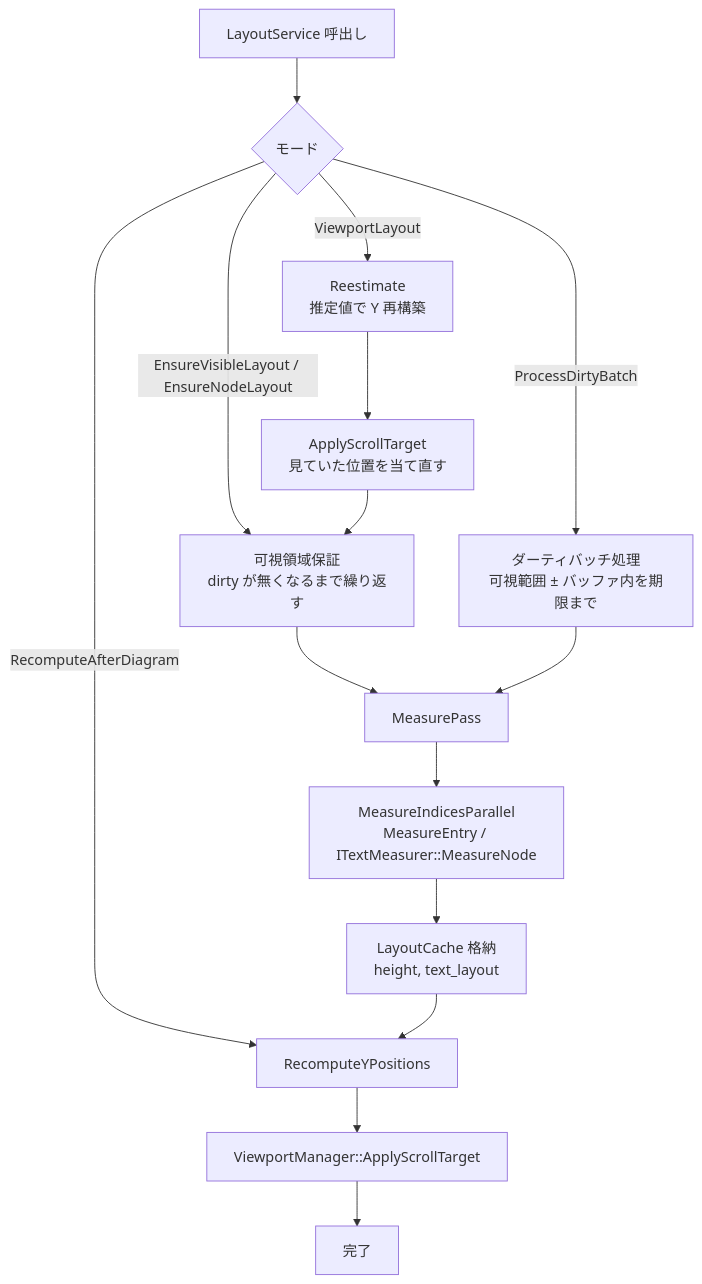
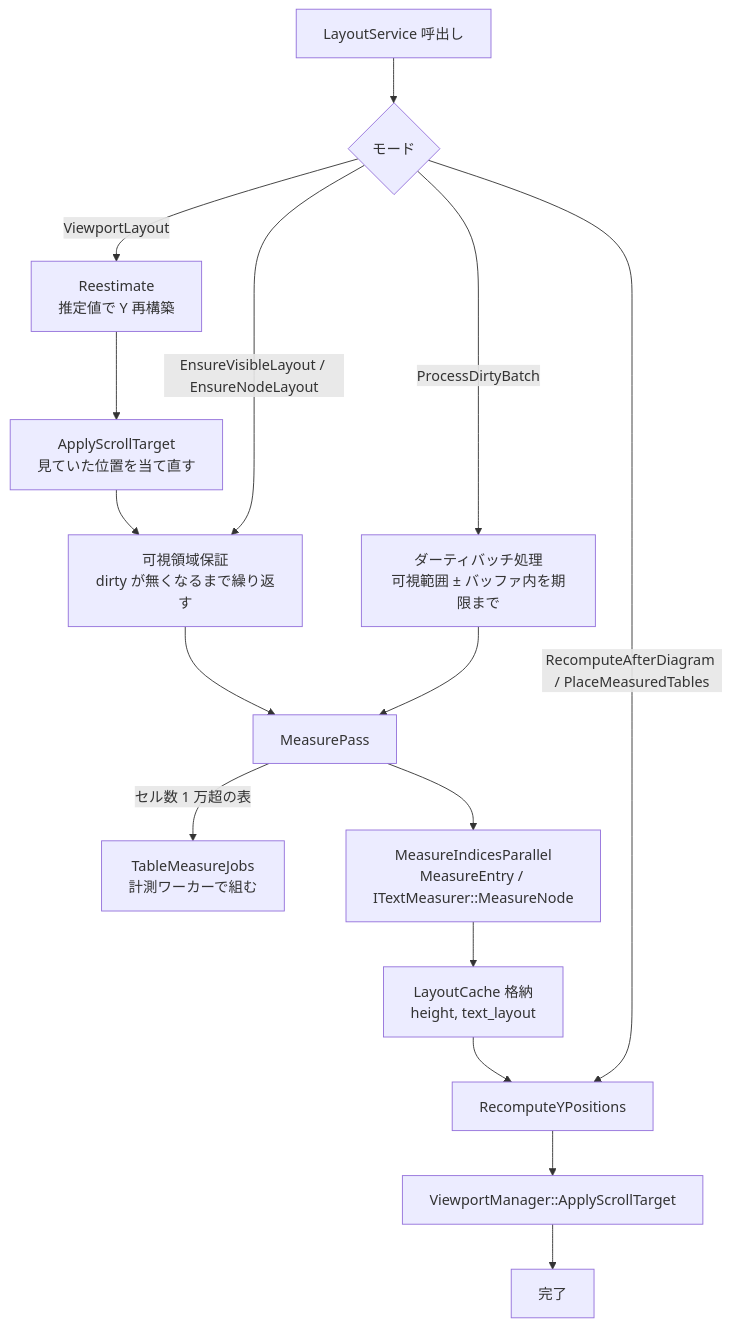
The seventh of 58 diagrams in example/test.md (tanaton/mendo), drawn with Mermaid before and after one commit. The commit also changed other lines of this file and 91 other files, not shown here.

````diff
--- a/example/test.md
+++ b/example/test.md
@@ -1027,19 +1079,20 @@
 ```mermaid
 flowchart TB
     START[LayoutService 呼出し] --> MODE{モード}
     MODE -->|ViewportLayout| REEST[Reestimate<br>推定値で Y 再構築]
     MODE -->|EnsureVisibleLayout / EnsureNodeLayout| ENSURE[可視領域保証<br>dirty が無くなるまで繰り返す]
     MODE -->|ProcessDirtyBatch| BATCH[ダーティバッチ処理<br>可視範囲 ± バッファ内を期限まで]
-    MODE -->|RecomputeAfterDiagram| YPOS
+    MODE -->|RecomputeAfterDiagram / PlaceMeasuredTables| YPOS
 
     REEST --> TARGET[ApplyScrollTarget<br>見ていた位置を当て直す]
     TARGET --> ENSURE
     ENSURE --> PASS[MeasurePass]
     BATCH --> PASS
+    PASS -->|セル数 1 万超の表| JOBS[TableMeasureJobs<br>計測ワーカーで組む]
     PASS --> MEASURE[MeasureIndicesParallel<br>MeasureEntry / ITextMeasurer::MeasureNode]
 
     MEASURE --> CACHE[LayoutCache 格納<br>height, text_layout]
     CACHE --> YPOS[RecomputeYPositions]
     YPOS --> APPLY[ViewportManager::ApplyScrollTarget]
     APPLY --> DONE[完了]
 ```
````
